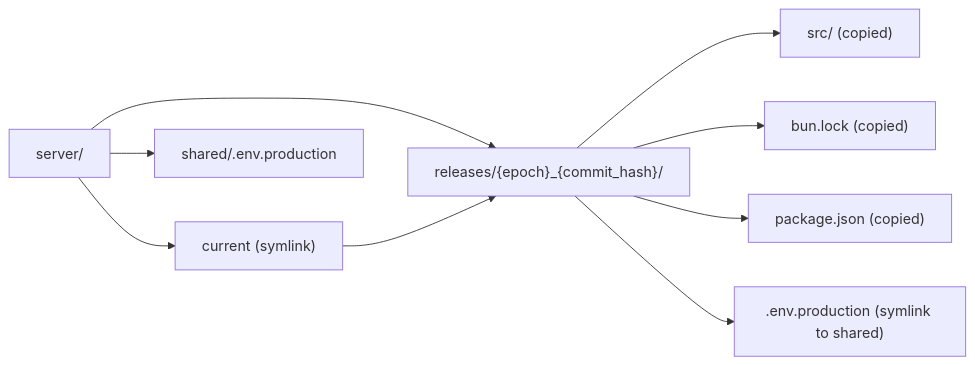
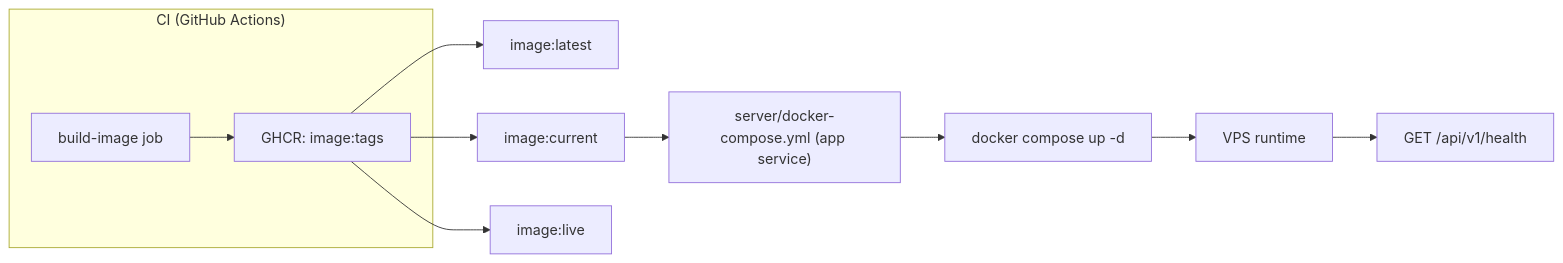
One commit to IamDevTrivedi/Trimium changed the fourth of 6 diagrams in docs/architecture/CI_CD_PIPELINE_ARCHITECTURE.md. Above: the diagram before and after it, drawn with Mermaid. The commit also changed other lines of this file and 20 other files, not shown here.

First line of the commit message:
feat(server): dockerize + GHCR deploy with :current/:live rollback (#161)

````diff
--- a/docs/architecture/CI_CD_PIPELINE_ARCHITECTURE.md
+++ b/docs/architecture/CI_CD_PIPELINE_ARCHITECTURE.md
@@ -330,13 +370,16 @@
 ```mermaid
 flowchart LR
-    A["server/"] --> B["releases/{epoch}_{commit_hash}/"]
-    A --> C["current (symlink)"]
-    A --> D["shared/.env.production"]
+    subgraph CI["CI (GitHub Actions)"]
+        A[build-image job] --> B["GHCR: image:tags"]
+    end
 
-    B --> E["src/ (copied)"]
-    B --> F["bun.lock (copied)"]
-    B --> G["package.json (copied)"]
-    B --> H[".env.production (symlink to shared)"]
+    B --> L["image:latest"]
+    B --> C["image:current"]
+    B --> V["image:live"]
 
-    C --> B
+    C --> D["server/docker-compose.yml (app service)"]
+
+    D --> E[docker compose up -d]
+    E --> F[VPS runtime]
+    F --> G["GET /api/v1/health"]
 ```
````
